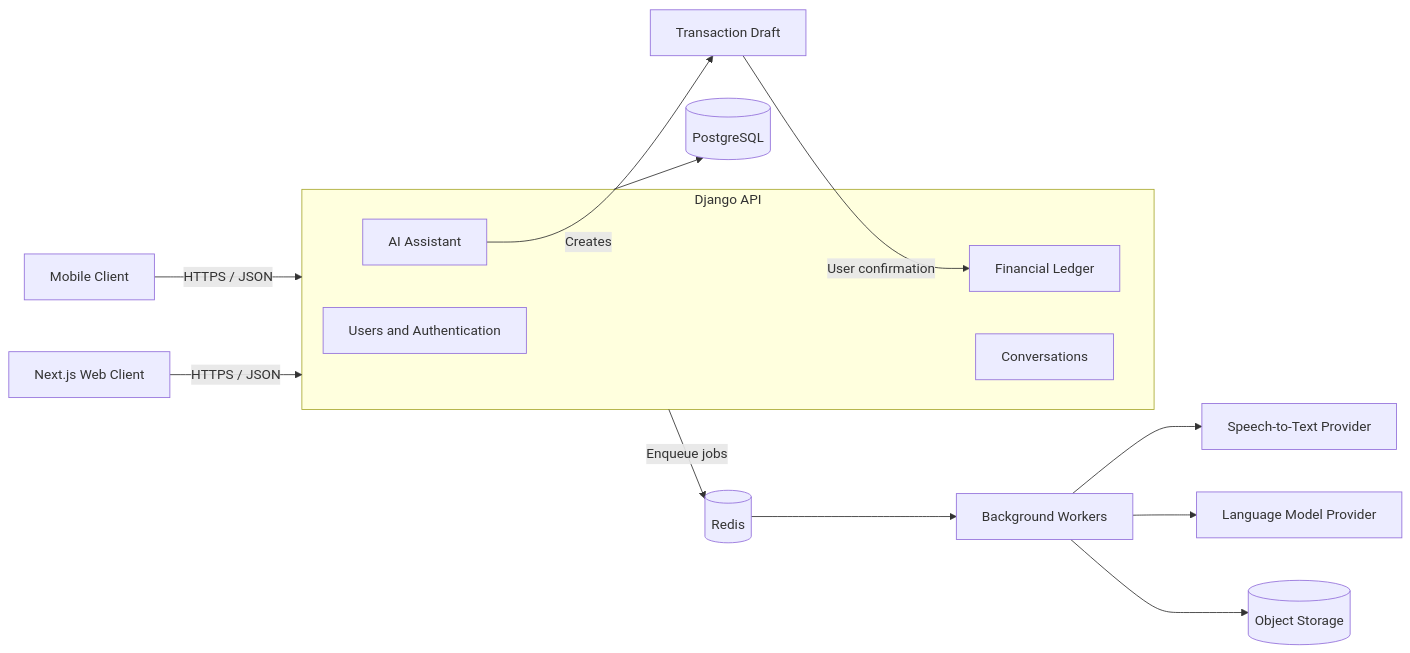
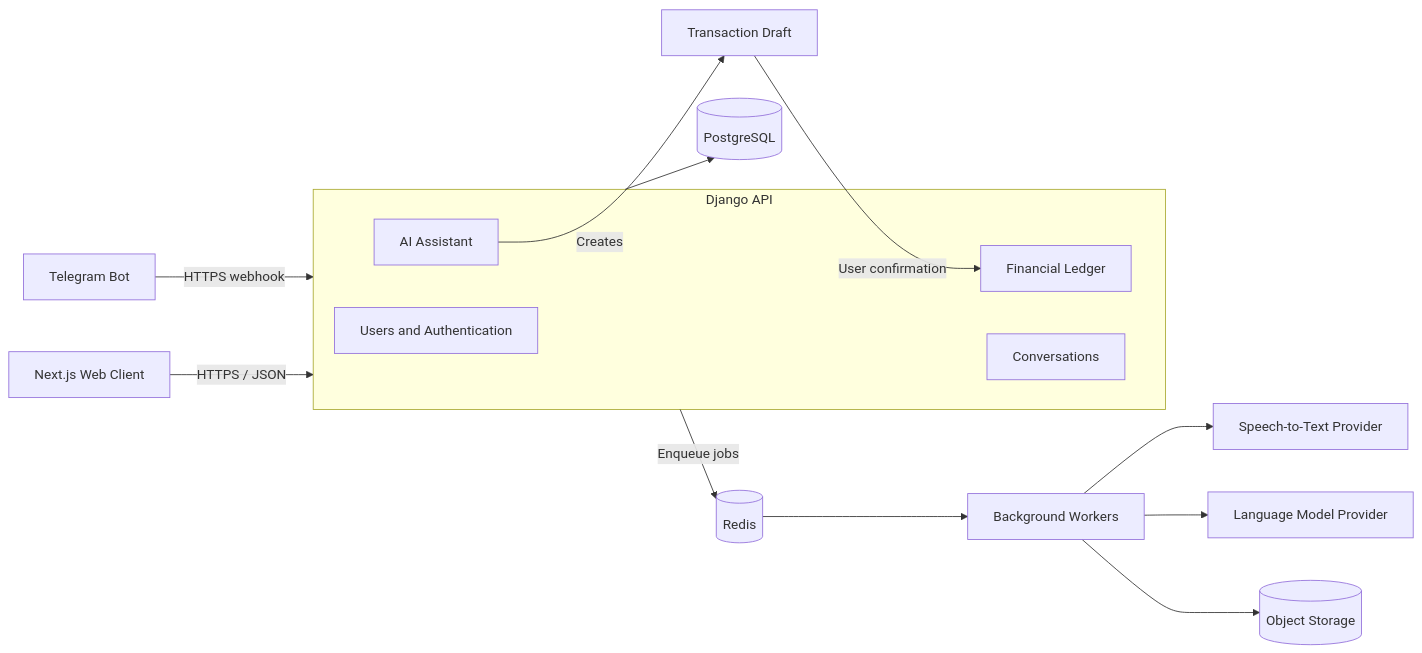
Before and after one commit to joaotessarolo/financify: the diagram in README.md, drawn with Mermaid. The commit also changed other lines of this file and 2 other files, not shown here.

Commit message:
docs: adopt Telegram conversational architecture

````diff
--- a/README.md
+++ b/README.md
@@ -13,25 +13,25 @@
 ```mermaid
 flowchart LR
     Web[Next.js Web Client]
-    Mobile[Mobile Client]
+    Telegram[Telegram Bot]
 
     subgraph Backend["Django API"]
         Users[Users and Authentication]
         Ledger[Financial Ledger]
         Conversations[Conversations]
         Assistant[AI Assistant]
     end
 
     Web -->|HTTPS / JSON| Backend
-    Mobile -->|HTTPS / JSON| Backend
+    Telegram -->|HTTPS webhook| Backend
 
     Backend --> PostgreSQL[(PostgreSQL)]
     Backend -->|Enqueue jobs| Redis[(Redis)]
     Redis --> Workers[Background Workers]
     Workers --> Speech[Speech-to-Text Provider]
     Workers --> LLM[Language Model Provider]
     Workers --> Storage[(Object Storage)]
 
     Assistant -->|Creates| Draft[Transaction Draft]
     Draft -->|User confirmation| Ledger
 ```
````
